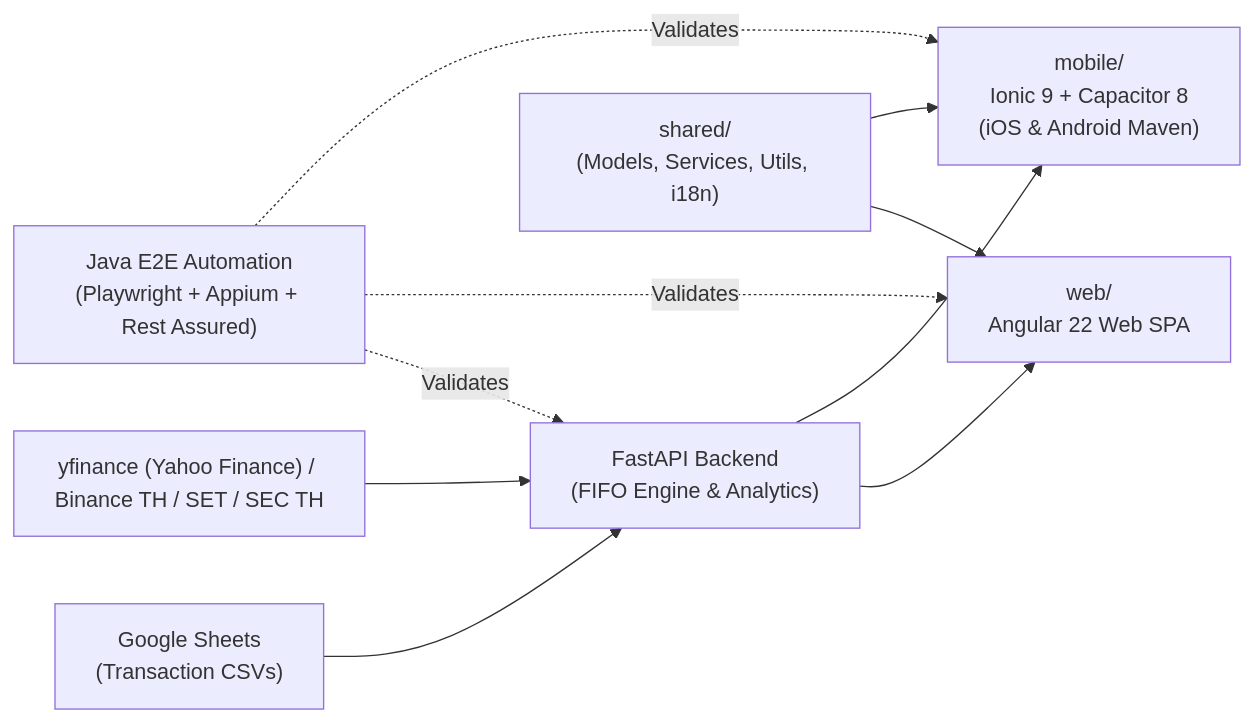
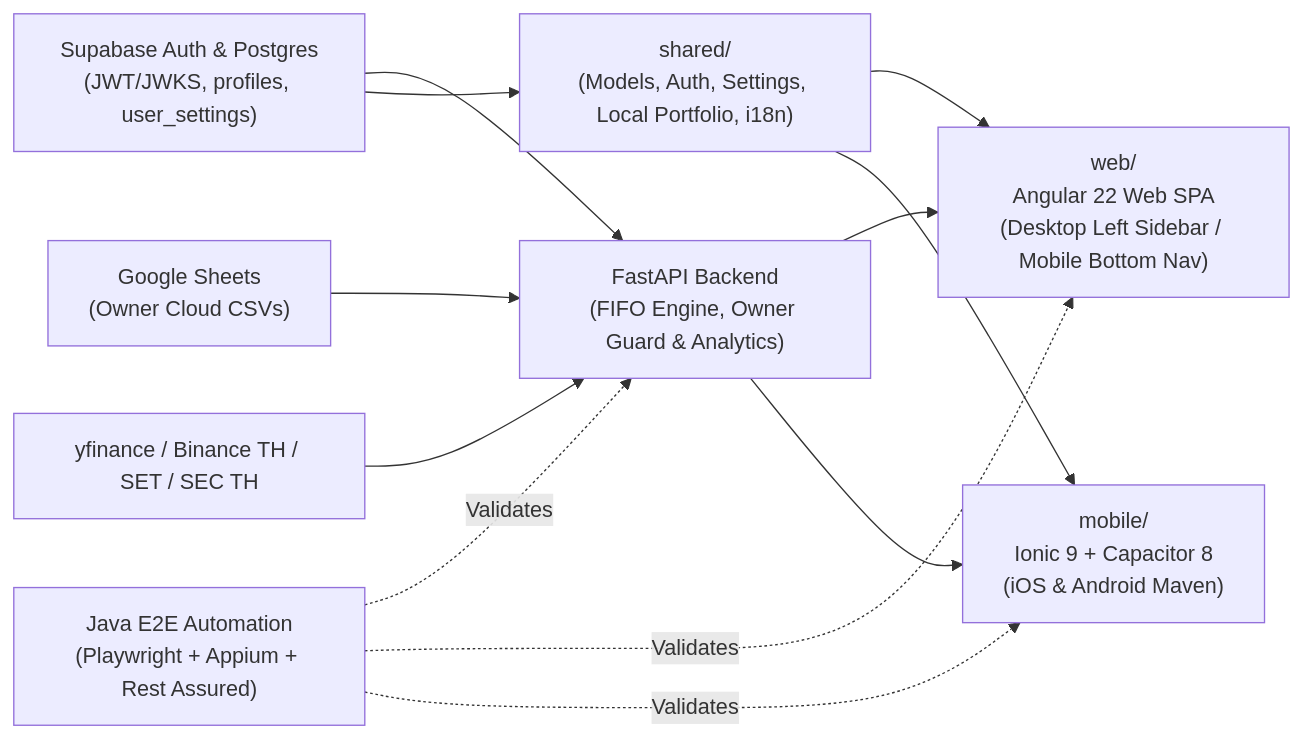
The diagram in README.md (vipatpolk/SGSK-Wealth), drawn with Mermaid before and after one commit. The commit also changed other lines of this file and 106 other files, not shown here.

Commit message:
feat(auth,ui): add Supabase user auth, local portfolio workspace, desktop sidebar, and sign-in language toggle

````diff
--- a/README.md
+++ b/README.md
@@ -41,12 +42,14 @@
 ```mermaid
 flowchart LR
-    DataSources["Google Sheets\n(Transaction CSVs)"] --> Backend["FastAPI Backend\n(FIFO Engine & Analytics)"]
-    MarketData["yfinance (Yahoo Finance) / Binance TH / SET / SEC TH"] --> Backend
-    Shared["shared/\n(Models, Services, Utils, i18n)"] --> Web["web/\nAngular 22 Web SPA"]
+    DataSources["Google Sheets\n(Owner Cloud CSVs)"] --> Backend["FastAPI Backend\n(FIFO Engine, Owner Guard & Analytics)"]
+    Supabase["Supabase Auth & Postgres\n(JWT/JWKS, profiles, user_settings)"] --> Backend
+    Supabase --> Shared["shared/\n(Models, Auth, Settings, Local Portfolio, i18n)"]
+    MarketData["yfinance / Binance TH / SET / SEC TH"] --> Backend
+    Shared --> Web["web/\nAngular 22 Web SPA\n(Desktop Left Sidebar / Mobile Bottom Nav)"]
     Shared --> Mobile["mobile/\nIonic 9 + Capacitor 8\n(iOS & Android Maven)"]
     Backend --> Web
     Backend --> Mobile
     E2E["Java E2E Automation\n(Playwright + Appium + Rest Assured)"] -. Validates .-> Backend
     E2E -. Validates .-> Web
     E2E -. Validates .-> Mobile
 ```
````
